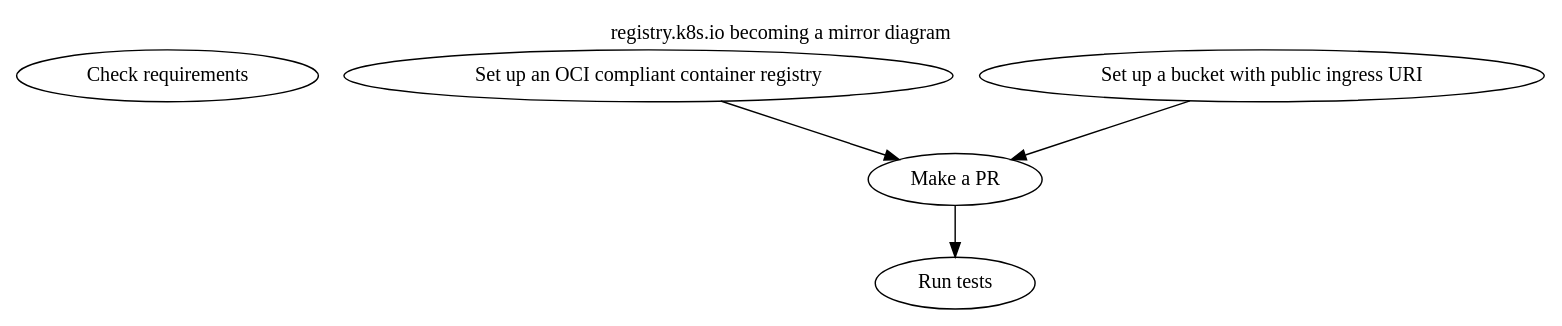
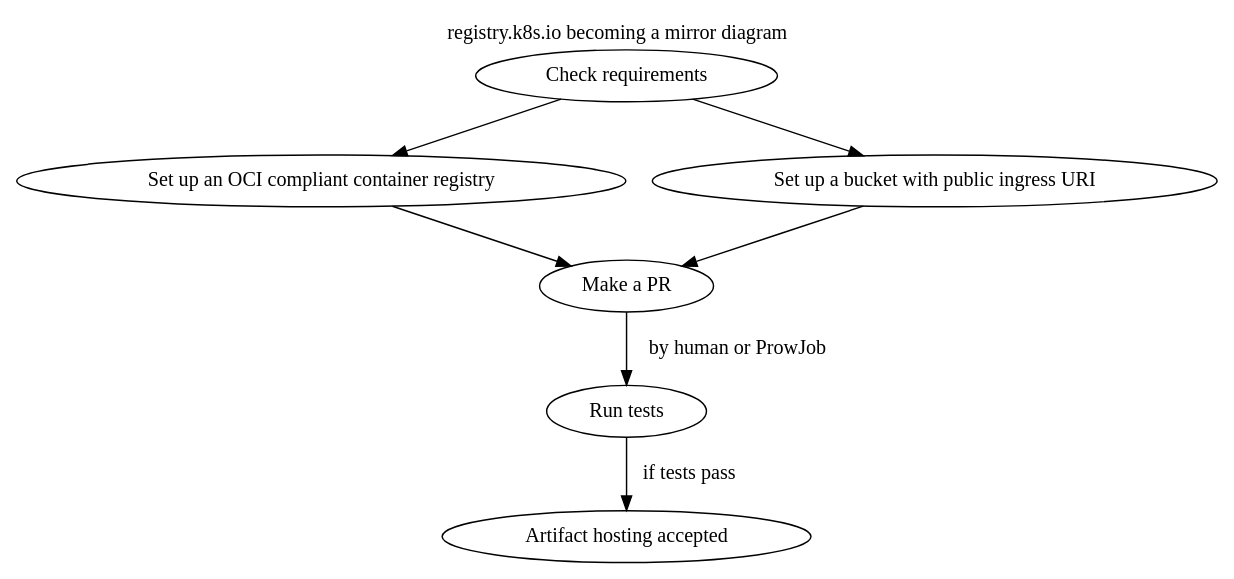
The diagram in research/k8s-infra-registry-artifacts-migration/becoming-a-mirror/README.org (hh/org), drawn with Graphviz before and after one commit. The commit also changed other lines of this file and 1 other file, not shown here.

```diff
--- a/research/k8s-infra-registry-artifacts-migration/becoming-a-mirror/README.org
+++ b/research/k8s-infra-registry-artifacts-migration/becoming-a-mirror/README.org
@@ -37,27 +37,31 @@
 #+begin_src dot :file registry-k8s-io-becoming-mirror-diagram.svg :results silent
-digraph G {
+digraph "becoming a mirror" {
     label="registry.k8s.io becoming a mirror diagram"
     labelloc="t"
-    graph[compound=true]
+    graph [compound=true]
 
     CheckRequirements [label="Check requirements"]
+    MakeAPR [label="Make a PR"]
+    ArtifactHostingAcceptance [label="Artifact hosting accepted"]
+
     subgraph AddingYourMirror {
         label="Adding your mirror"
         color=blue
         SetupRegistry [label="Set up an OCI compliant container registry"]
         SetupBucket [label="Set up a bucket with public ingress URI"]
 
         SetupRegistry -> MakeAPR
         SetupBucket -> MakeAPR
     }
-    MakeAPR [label="Make a PR"]
-
     subgraph Validation {
         label="Validation"
         color=blue
         RunTests [label="Run tests"]
     }
 
-    MakeAPR -> RunTests
+    CheckRequirements -> SetupRegistry
+    CheckRequirements -> SetupBucket
+    MakeAPR -> RunTests [label="by human or ProwJob"]
+    RunTests -> ArtifactHostingAcceptance [label="if tests pass"]
 }
 #+end_src
```
